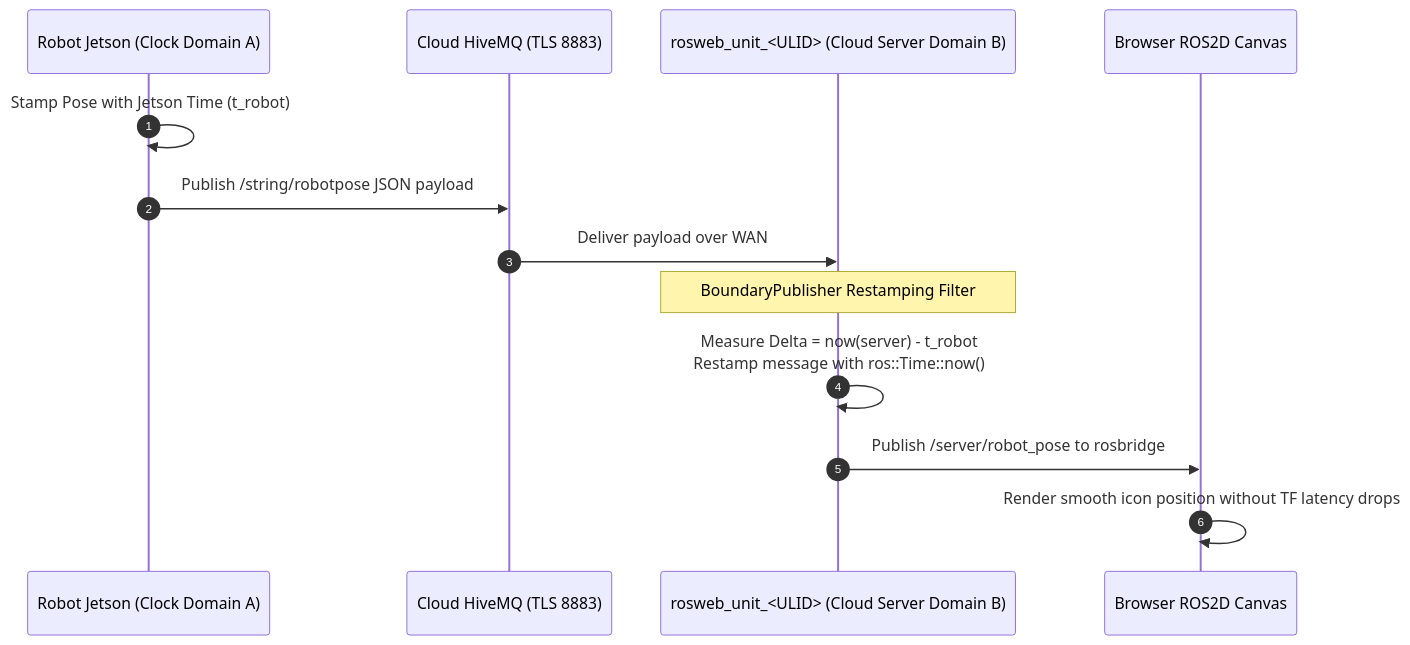
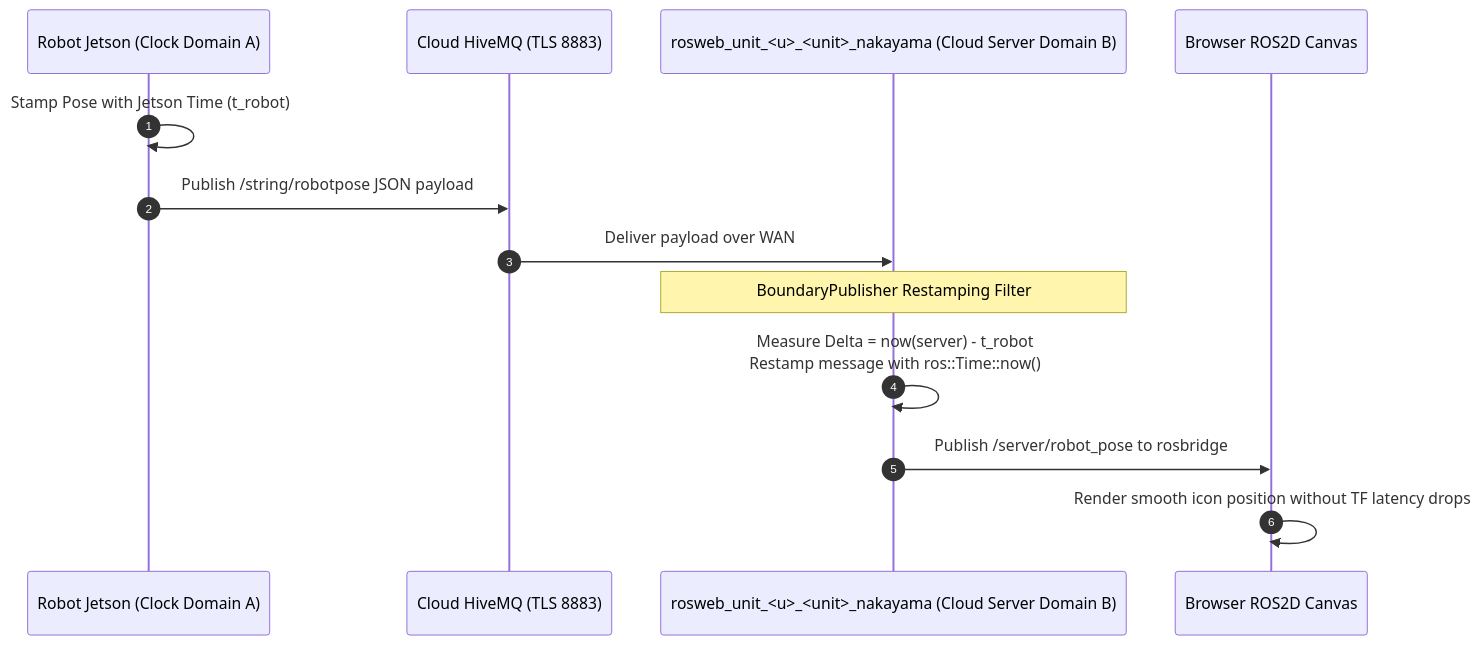
Before and after one commit to itbdelaboprogramming/msd700_documentation: the second of 2 diagrams in docs/development/ros/tf-transforms.md, drawn with Mermaid. The commit also changed other lines of this file and 110 other files, not shown here.

````diff
--- a/docs/development/ros/tf-transforms.md
+++ b/docs/development/ros/tf-transforms.md
@@ -73,16 +72,16 @@
 ```mermaid
 sequenceDiagram
   autonumber
   participant Robot as Robot Jetson (Clock Domain A)
   participant MQTT as Cloud HiveMQ (TLS 8883)
-  participant Relay as rosweb_unit_<ULID> (Cloud Server Domain B)
+  participant Relay as rosweb_unit_<u>_<unit>_nakayama (Cloud Server Domain B)
   participant Canvas as Browser ROS2D Canvas
 
   Robot->>Robot: Stamp Pose with Jetson Time (t_robot)
   Robot->>MQTT: Publish /string/robotpose JSON payload
   MQTT->>Relay: Deliver payload over WAN
   Note over Relay: BoundaryPublisher Restamping Filter
   Relay->>Relay: Measure Delta = now(server) - t_robot<br/>Restamp message with ros::Time::now()
   Relay->>Canvas: Publish /server/robot_pose to rosbridge
   Canvas->>Canvas: Render smooth icon position without TF latency drops
 ```
````
